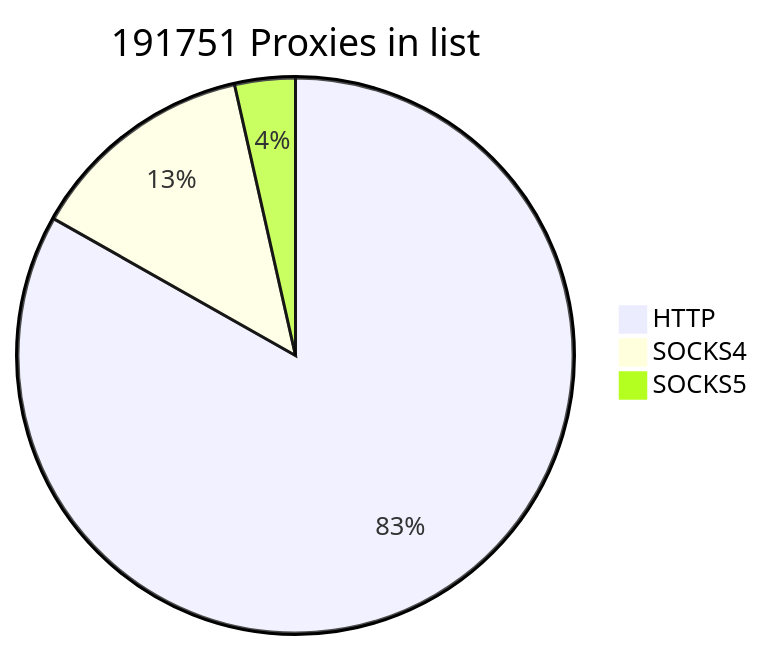
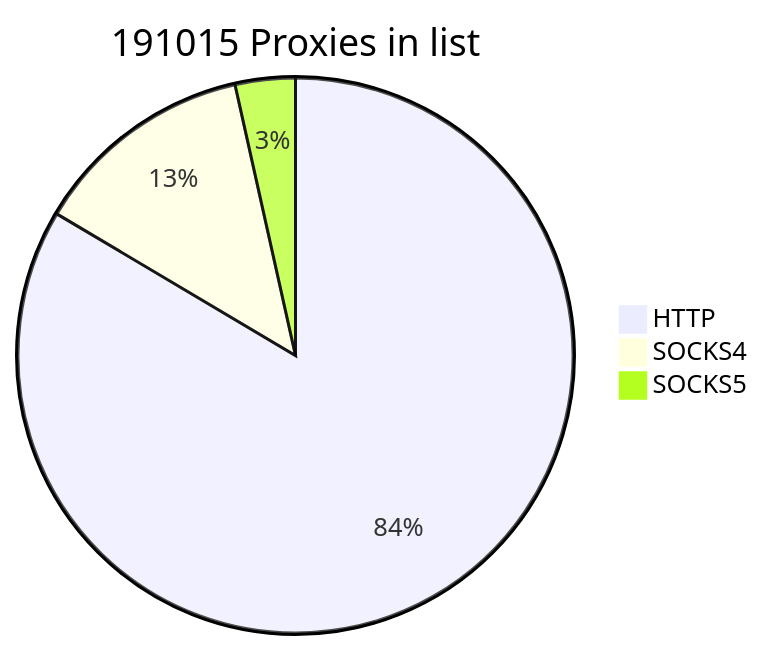
The first of 2 diagrams in README.md (cutipu/proxylist), drawn with Mermaid before and after one commit. The commit also changed other lines of this file, not shown here.

````diff
--- a/README.md
+++ b/README.md
@@ -2,7 +2,7 @@
 ```mermaid
-pie title 191751 Proxies in list
-    "HTTP" : 159529
-    "SOCKS4" : 25465
-    "SOCKS5" : 6757
+pie title 191015 Proxies in list
+    "HTTP" : 159541
+    "SOCKS4" : 24796
+    "SOCKS5" : 6678
             
 ```
````
